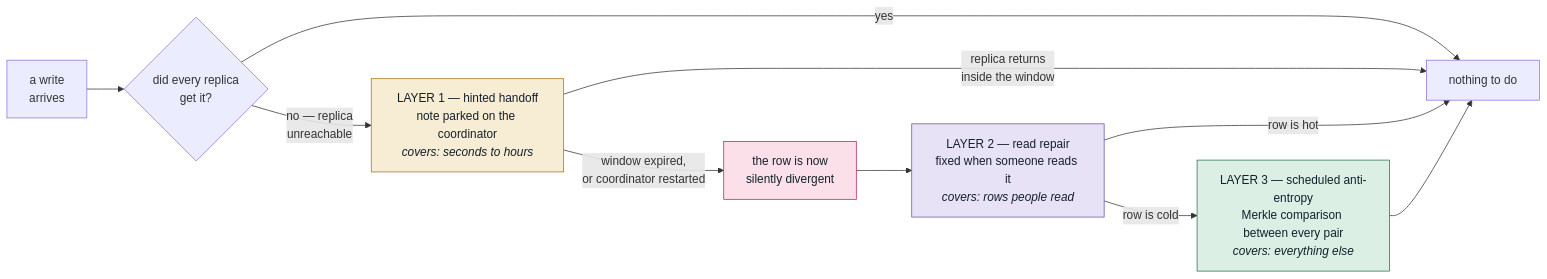
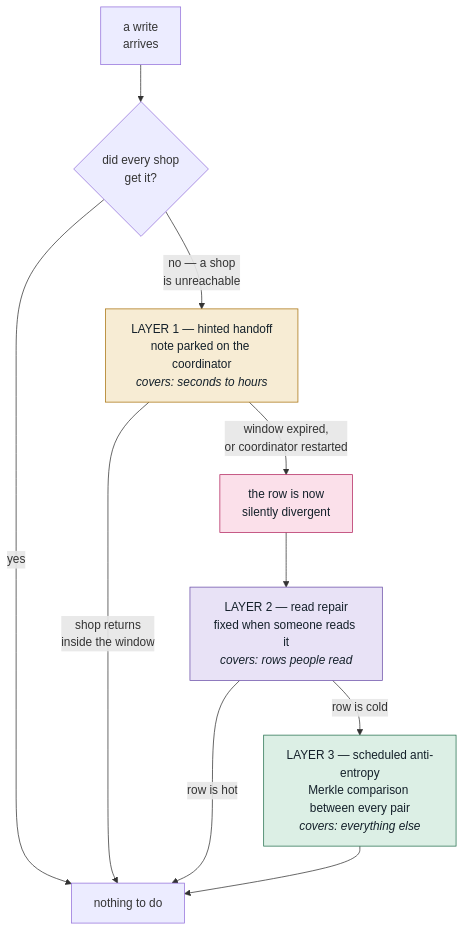
Before and after one commit to ravivarmachaluvadi/Learning: the third of 4 diagrams in 38-anti-entropy/README.md, drawn with Mermaid. The commit also changed other lines of this file, not shown here.

````diff
--- a/38-anti-entropy/README.md
+++ b/38-anti-entropy/README.md
@@ -832,20 +1085,20 @@
 ```mermaid
-flowchart LR
-  W["a write<br/>arrives"] --> Q{"did every replica<br/>get it?"}
+flowchart TD
+  W["a write<br/>arrives"] --> Q{"did every shop<br/>get it?"}
   Q -->|yes| OK["nothing to do"]
-  Q -->|"no — replica<br/>unreachable"| H["LAYER 1 — hinted handoff<br/>note parked on the coordinator<br/><i>covers: seconds to hours</i>"]
-  H -->|"replica returns<br/>inside the window"| OK
+  Q -->|"no — a shop<br/>is unreachable"| H["LAYER 1 — hinted handoff<br/>note parked on the coordinator<br/><i>covers: seconds to hours</i>"]
+  H -->|"shop returns<br/>inside the window"| OK
   H -->|"window expired,<br/>or coordinator restarted"| DRIFT["the row is now<br/>silently divergent"]
   DRIFT --> RR["LAYER 2 — read repair<br/>fixed when someone reads it<br/><i>covers: rows people read</i>"]
   RR -->|"row is hot"| OK
   RR -->|"row is cold"| AE["LAYER 3 — scheduled anti-entropy<br/>Merkle comparison between every pair<br/><i>covers: everything else</i>"]
   AE --> OK
   classDef l1 fill:#f7ecd4,stroke:#a8720e,color:#14202a
   classDef l2 fill:#e8e2f6,stroke:#6b4fa8,color:#14202a
   classDef l3 fill:#dcefe5,stroke:#26714f,color:#14202a
   classDef bad fill:#fbe0ea,stroke:#b3245e,color:#14202a
   class H l1
   class RR l2
   class AE l3
   class DRIFT bad
 ```
````
